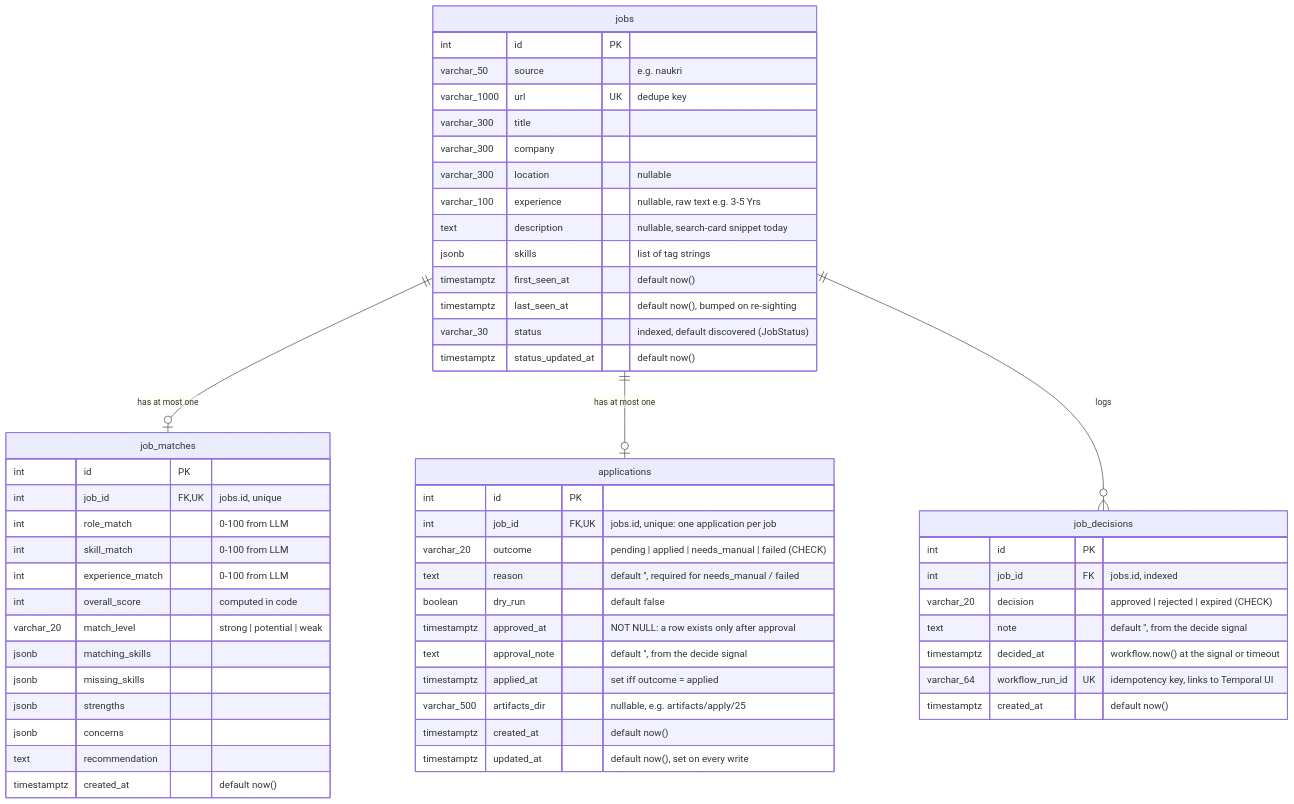
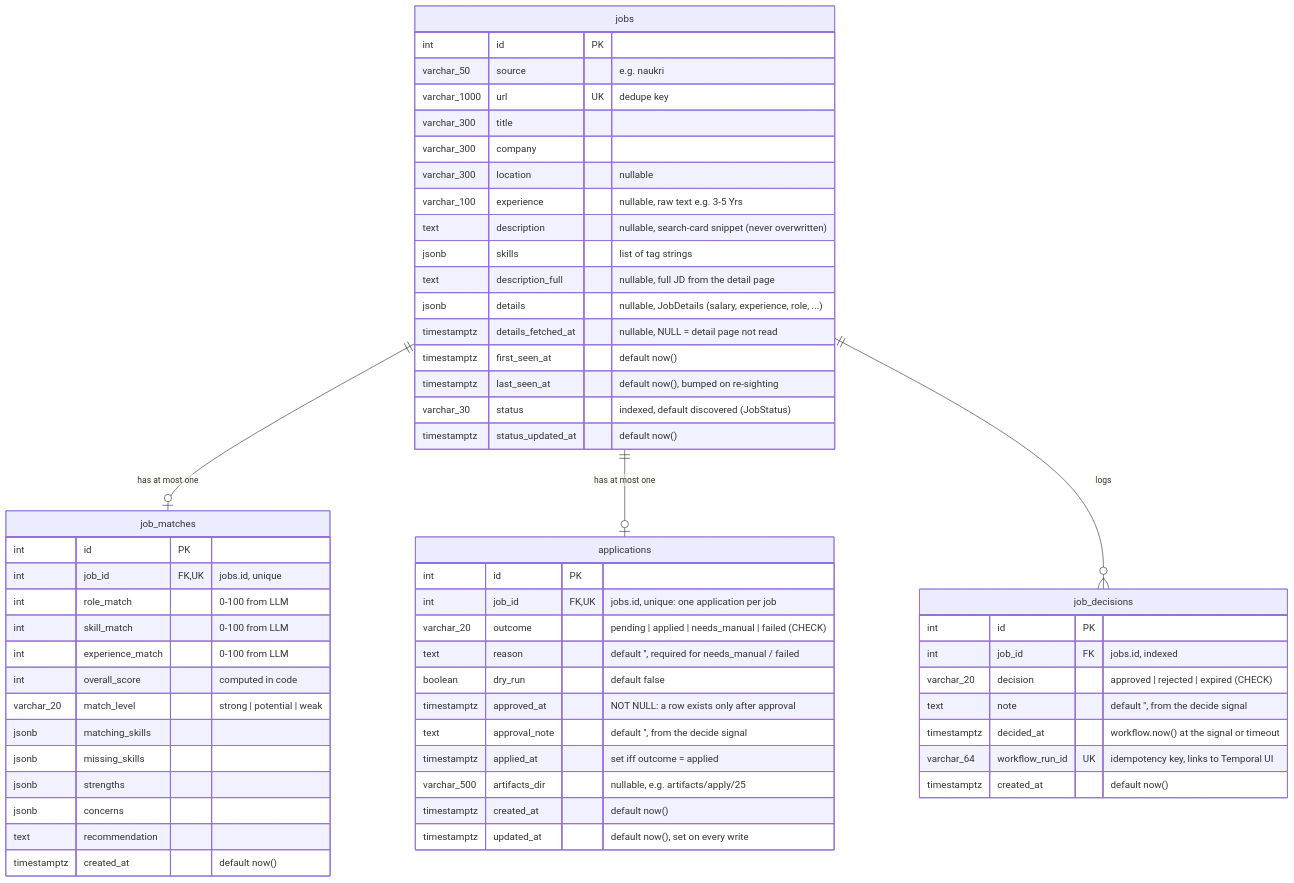
One commit to dhiraj849/Job_assistent changed the first of 2 diagrams in docs/04-data-model.md. Above: the diagram before and after it, drawn with Mermaid. The commit also changed other lines of this file and 6 other files, not shown here.

Commit message:
docs: document job detail-page fetch, detail columns and Qdrant v2

````diff
--- a/docs/04-data-model.md
+++ b/docs/04-data-model.md
@@ -13,58 +13,61 @@
 ```mermaid
 erDiagram
     jobs ||--o| job_matches : "has at most one"
     jobs ||--o| applications : "has at most one"
     jobs ||--o{ job_decisions : "logs"
     jobs {
         int id PK
         varchar_50 source "e.g. naukri"
         varchar_1000 url UK "dedupe key"
         varchar_300 title
         varchar_300 company
         varchar_300 location "nullable"
         varchar_100 experience "nullable, raw text e.g. 3-5 Yrs"
-        text description "nullable, search-card snippet today"
+        text description "nullable, search-card snippet (never overwritten)"
         jsonb skills "list of tag strings"
+        text description_full "nullable, full JD from the detail page"
+        jsonb details "nullable, JobDetails (salary, experience, role, ...)"
+        timestamptz details_fetched_at "nullable, NULL = detail page not read"
         timestamptz first_seen_at "default now()"
         timestamptz last_seen_at "default now(), bumped on re-sighting"
         varchar_30 status "indexed, default discovered (JobStatus)"
         timestamptz status_updated_at "default now()"
     }
     job_matches {
         int id PK
         int job_id FK, UK "jobs.id, unique"
         int role_match "0-100 from LLM"
         int skill_match "0-100 from LLM"
         int experience_match "0-100 from LLM"
         int overall_score "computed in code"
         varchar_20 match_level "strong | potential | weak"
         jsonb matching_skills
         jsonb missing_skills
         jsonb strengths
         jsonb concerns
         text recommendation
         timestamptz created_at "default now()"
     }
     applications {
         int id PK
         int job_id FK, UK "jobs.id, unique: one application per job"
         varchar_20 outcome "pending | applied | needs_manual | failed (CHECK)"
         text reason "default '', required for needs_manual / failed"
         boolean dry_run "default false"
         timestamptz approved_at "NOT NULL: a row exists only after approval"
         text approval_note "default '', from the decide signal"
         timestamptz applied_at "set iff outcome = applied"
         varchar_500 artifacts_dir "nullable, e.g. artifacts/apply/25"
         timestamptz created_at "default now()"
         timestamptz updated_at "default now(), set on every write"
     }
     job_decisions {
         int id PK
         int job_id FK "jobs.id, indexed"
         varchar_20 decision "approved | rejected | expired (CHECK)"
         text note "default '', from the decide signal"
         timestamptz decided_at "workflow.now() at the signal or timeout"
         varchar_64 workflow_run_id UK "idempotency key, links to Temporal UI"
         timestamptz created_at "default now()"
     }
 ```
````
